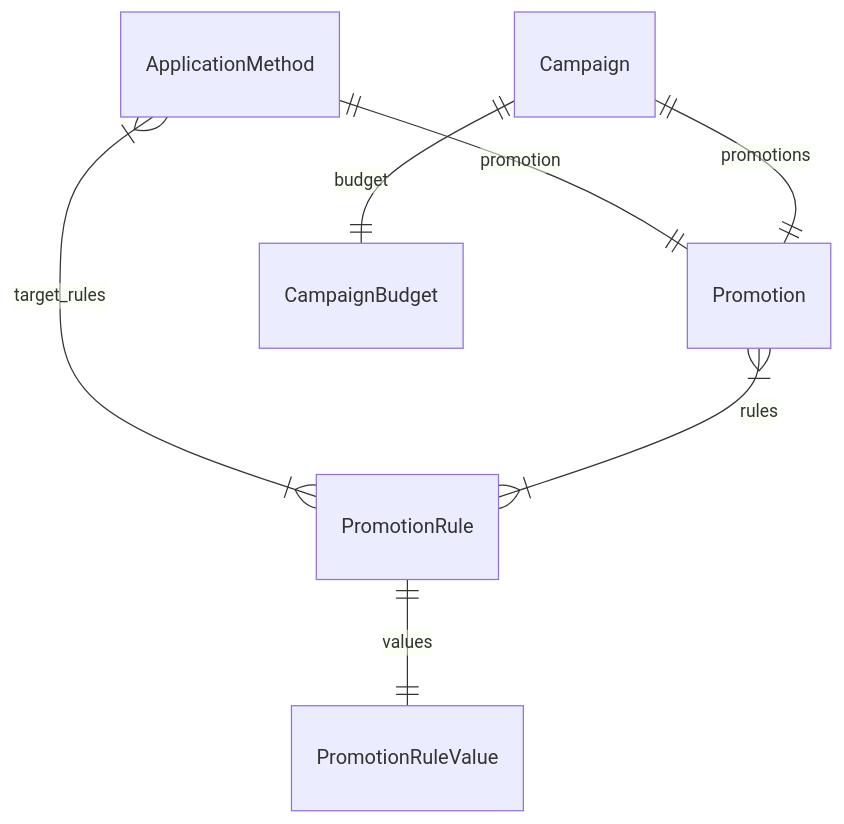
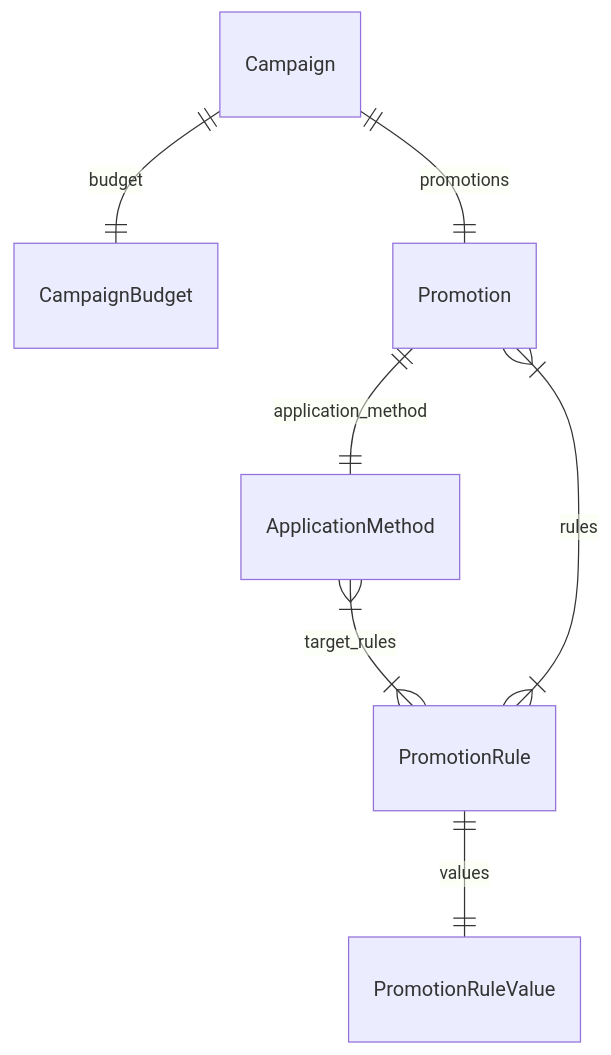
Before and after one commit to zaaakher/medusa: the diagram in www/apps/resources/references/modules/promotion_models/page.mdx, drawn with Mermaid. The commit also changed other lines of this file and 195 other files, not shown here.

````diff
--- a/www/apps/resources/references/modules/promotion_models/page.mdx
+++ b/www/apps/resources/references/modules/promotion_models/page.mdx
@@ -14,10 +14,10 @@
 ```mermaid
 erDiagram
-	ApplicationMethod ||--|| Promotion : promotion
 	ApplicationMethod }|--|{ PromotionRule : target_rules
 	Campaign ||--|| CampaignBudget : budget
 	Campaign ||--|| Promotion : promotions
+	Promotion ||--|| ApplicationMethod : application_method
 	Promotion }|--|{ PromotionRule : rules
 	PromotionRule ||--|| PromotionRuleValue : values
 
 ```
````
